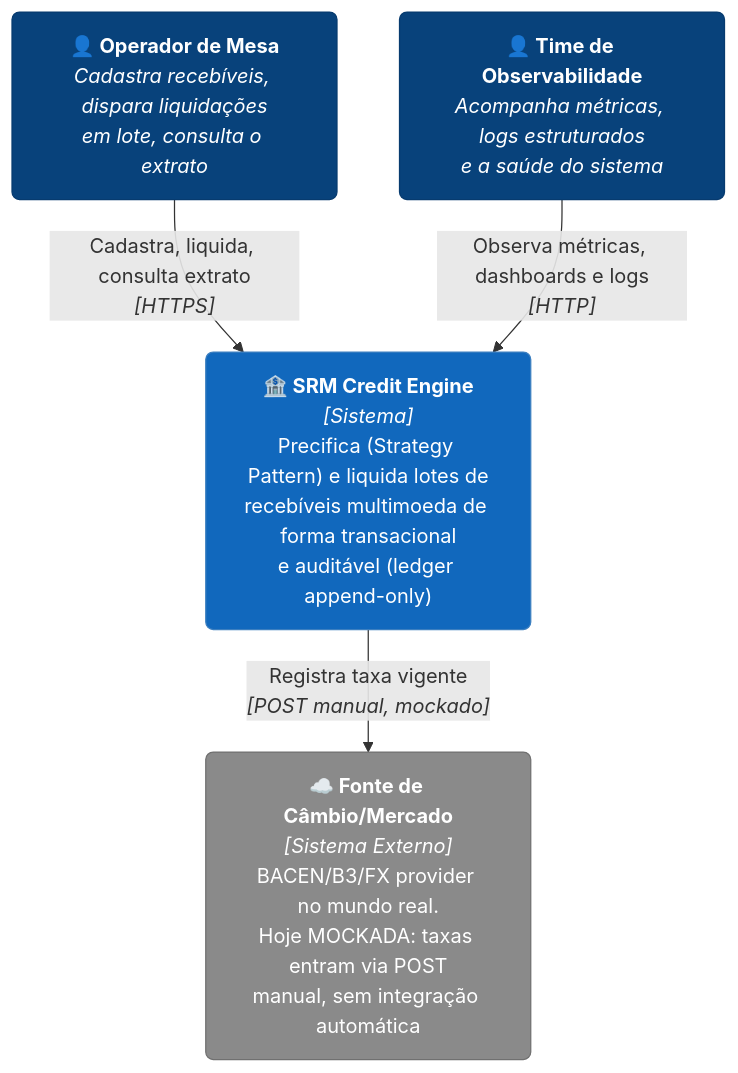
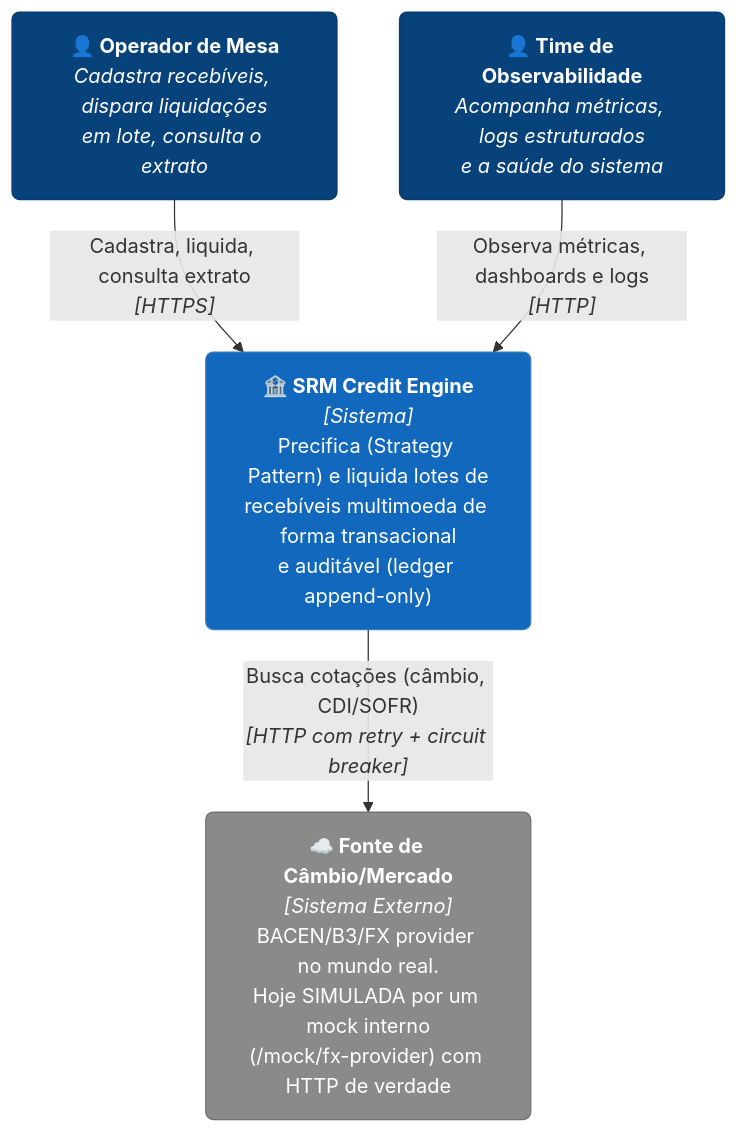
One commit to Narvaal/SRMCreditEngine changed the first of 2 diagrams in docs/diagrama-c4.md. Above: the diagram before and after it, drawn with Mermaid. The commit also changed other lines of this file and 4 other files, not shown here.

````diff
--- a/docs/diagrama-c4.md
+++ b/docs/diagrama-c4.md
@@ -13,20 +13,20 @@
 ```mermaid
 flowchart TB
     operador["<b>👤 Operador de Mesa</b><br/><i>Cadastra recebíveis, dispara liquidações<br/>em lote, consulta o extrato</i>"]
     sre["<b>👤 Time de Observabilidade</b><br/><i>Acompanha métricas, logs estruturados<br/>e a saúde do sistema</i>"]
 
     srm["<b>🏦 SRM Credit Engine</b><br/><i>[Sistema]</i><br/>Precifica (Strategy Pattern) e liquida lotes de<br/>recebíveis multimoeda de forma transacional<br/>e auditável (ledger append-only)"]
 
-    fonteTaxas["<b>☁️ Fonte de Câmbio/Mercado</b><br/><i>[Sistema Externo]</i><br/>BACEN/B3/FX provider no mundo real.<br/>Hoje MOCKADA: taxas entram via POST<br/>manual, sem integração automática"]
+    fonteTaxas["<b>☁️ Fonte de Câmbio/Mercado</b><br/><i>[Sistema Externo]</i><br/>BACEN/B3/FX provider no mundo real.<br/>Hoje SIMULADA por um mock interno<br/>(/mock/fx-provider) com HTTP de verdade"]
 
     operador -->|"Cadastra, liquida, consulta extrato<br/><i>[HTTPS]</i>"| srm
     sre -->|"Observa métricas, dashboards e logs<br/><i>[HTTP]</i>"| srm
-    srm -->|"Registra taxa vigente<br/><i>[POST manual, mockado]</i>"| fonteTaxas
+    srm -->|"Busca cotações (câmbio, CDI/SOFR)<br/><i>[HTTP com retry + circuit breaker]</i>"| fonteTaxas
 
     classDef person fill:#08427B,stroke:#073B6F,color:#fff,rx:6,ry:6
     classDef system fill:#1168BD,stroke:#3C7FC0,color:#fff,rx:6,ry:6
     classDef external fill:#8a8a8a,stroke:#707070,color:#fff,rx:6,ry:6
     class operador,sre person
     class srm system
     class fonteTaxas external
 ```
````
